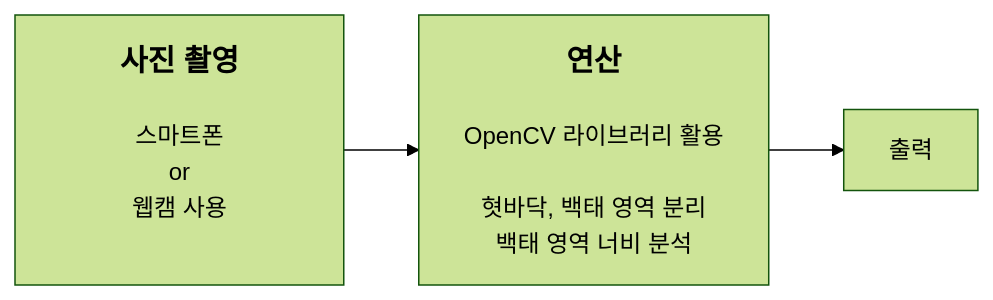
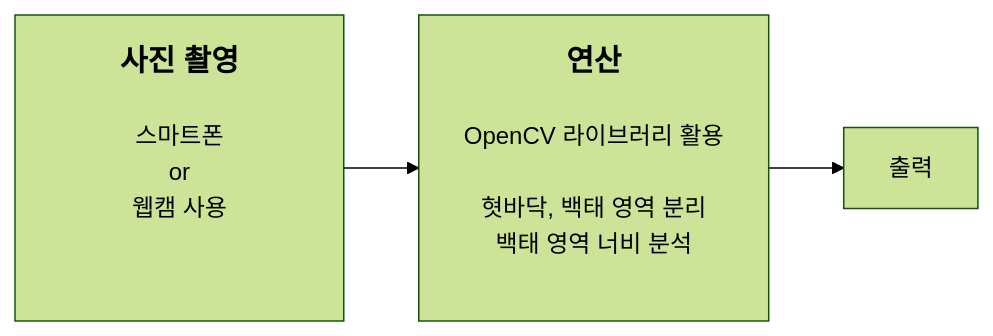
One commit to 201710808/-p changed the diagram in Readme.md. Above: the diagram before and after it, drawn with Mermaid (forest theme).

````diff
--- a/Readme.md
+++ b/Readme.md
@@ -3,5 +3,5 @@
 ```mermaid
 graph LR
-A[<b><span style='font-size:20px'>  사진 촬영  </span></b><br><br>스마트폰\nor\n웹캠 사용<br><br>]-->B[<b><span style='font-size:20px'>연산</span></b><br><br>OpenCV 라이브러리 활용<br><br>혓바닥, 백태 영역 분리<br>백태 영역 너비 분석]
+A[<b><span style='font-size:20px'>  사진 촬영  </span></b><br><br>스마트폰\nor\n웹캠 사용<br><br><br>]-->B[<b><span style='font-size:20px'>연산</span></b><br><br>OpenCV 라이브러리 활용<br><br>혓바닥, 백태 영역 분리<br>백태 영역 너비 분석<br><br>]
 B-->C[출력]
 ```
````
